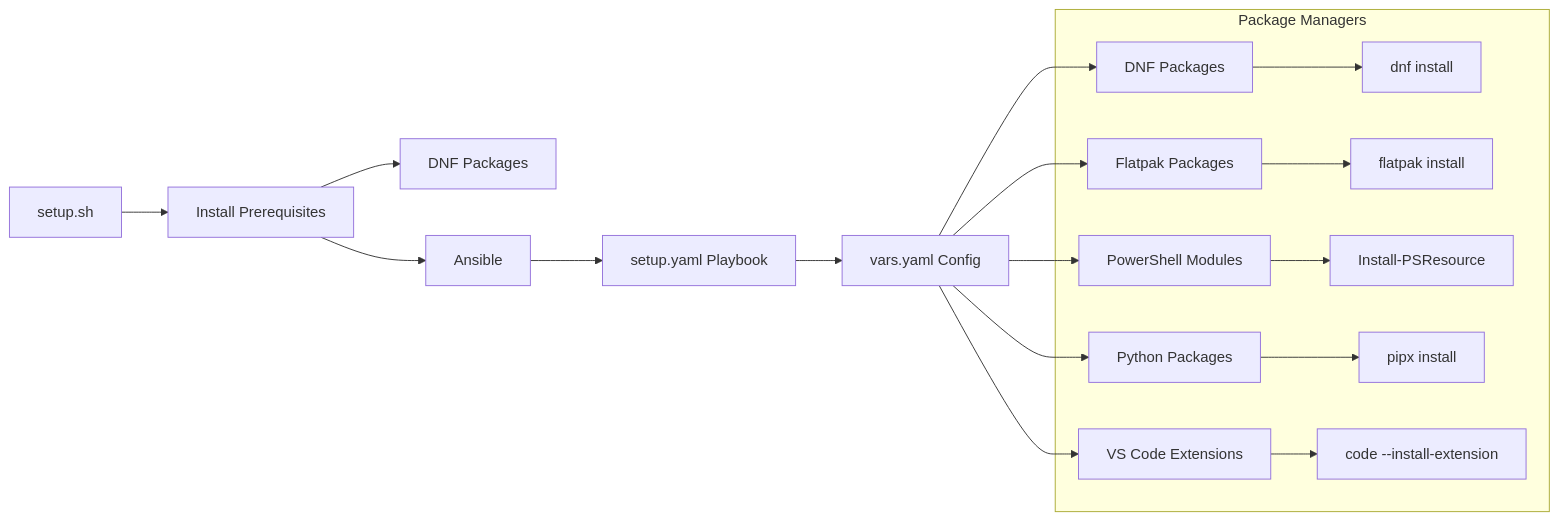
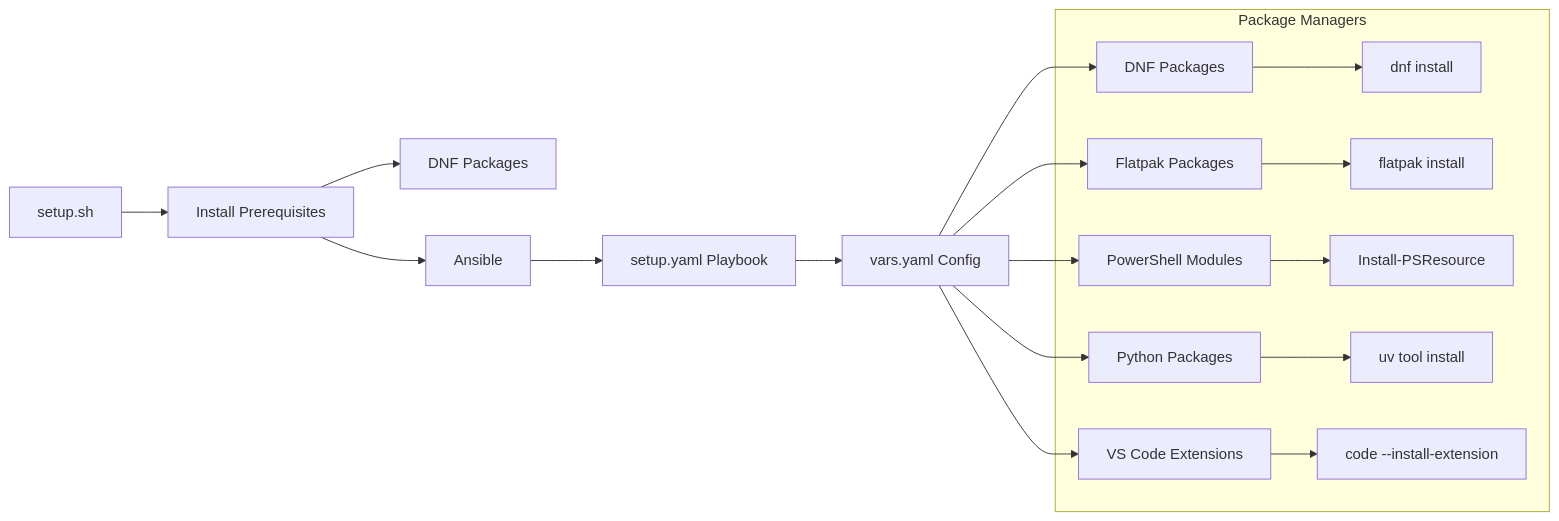
One commit to ryanspletzer/dev-machine-setup changed the sixth of 11 diagrams in docs/architecture.md. Above: the diagram before and after it, drawn with Mermaid. The commit also changed other lines of this file and 31 other files, not shown here.

````diff
--- a/docs/architecture.md
+++ b/docs/architecture.md
@@ -225,22 +225,22 @@
 ```mermaid
 graph LR
     A[setup.sh] --> B[Install Prerequisites]
     B --> C[DNF Packages]
     B --> D[Ansible]
     D --> E[setup.yaml Playbook]
     E --> F[vars.yaml Config]
 
     F --> G[DNF Packages]
     F --> H[Flatpak Packages]
     F --> I[PowerShell Modules]
     F --> J[Python Packages]
     F --> K[VS Code Extensions]
 
     subgraph "Package Managers"
         G --> L[dnf install]
         H --> M[flatpak install]
         I --> N[Install-PSResource]
-        J --> O[pipx install]
+        J --> O[uv tool install]
         K --> P[code --install-extension]
     end
 ```
````
